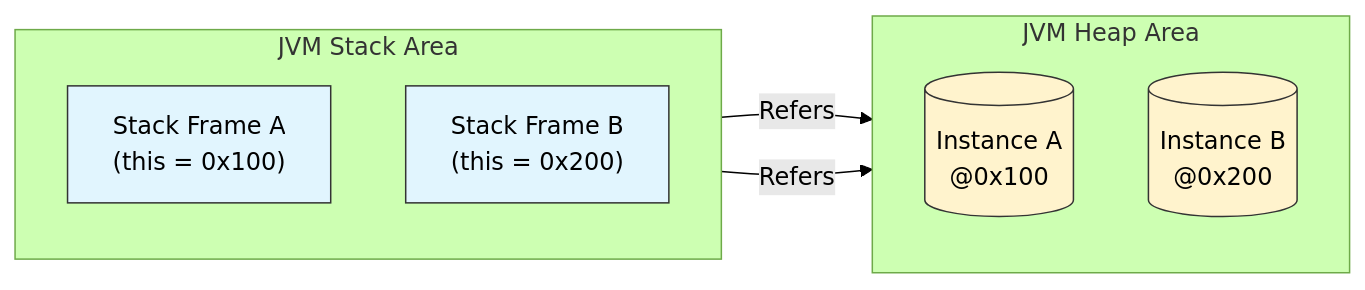
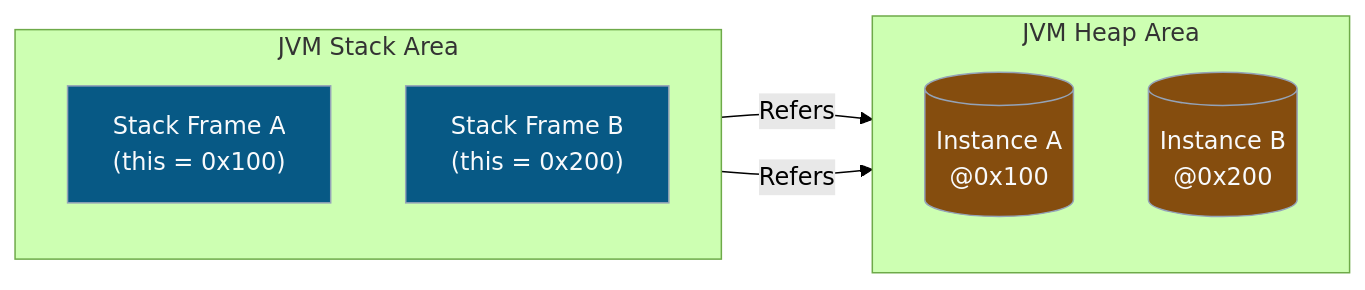
Before and after one commit to Kang-Hyesung/kang-hyesung.github.io: the diagram in _posts/java/04-oop-class/2025-12-28-this-예약어의-본질.md, drawn with Mermaid (forest theme). The commit also changed 74 other files, not shown here.

Commit message:
docs: update post visibility and mermaid colors

````diff
--- a/_posts/java/04-oop-class/2025-12-28-this-예약어의-본질.md
+++ b/_posts/java/04-oop-class/2025-12-28-this-예약어의-본질.md
@@ -60,24 +60,24 @@
 ```mermaid
 graph LR
     subgraph Stack Area ["JVM Stack Area"]
         direction TB
         FrameA["Stack Frame A <br/> (this = 0x100)"]
         FrameB["Stack Frame B <br/> (this = 0x200)"]
     end
 
     subgraph Heap Area ["JVM Heap Area"]
         direction TB
         ObjA[("Instance A <br/> @0x100")]
         ObjB[("Instance B <br/> @0x200")]
     end
 
     FrameA -->|Refers| ObjA
     FrameB -->|Refers| ObjB
 
     %% 스타일 정의
-    style FrameA fill:#e1f5fe,stroke:#333
-    style FrameB fill:#e1f5fe,stroke:#333
-    style ObjA fill:#fff3cd,stroke:#333
-    style ObjB fill:#fff3cd,stroke:#333
+    style FrameA fill:#075985,stroke:#94a3b8,color:#f8fafc
+    style FrameB fill:#075985,stroke:#94a3b8,color:#f8fafc
+    style ObjA fill:#854d0e,stroke:#94a3b8,color:#f8fafc
+    style ObjB fill:#854d0e,stroke:#94a3b8,color:#f8fafc
 
 ```
````
